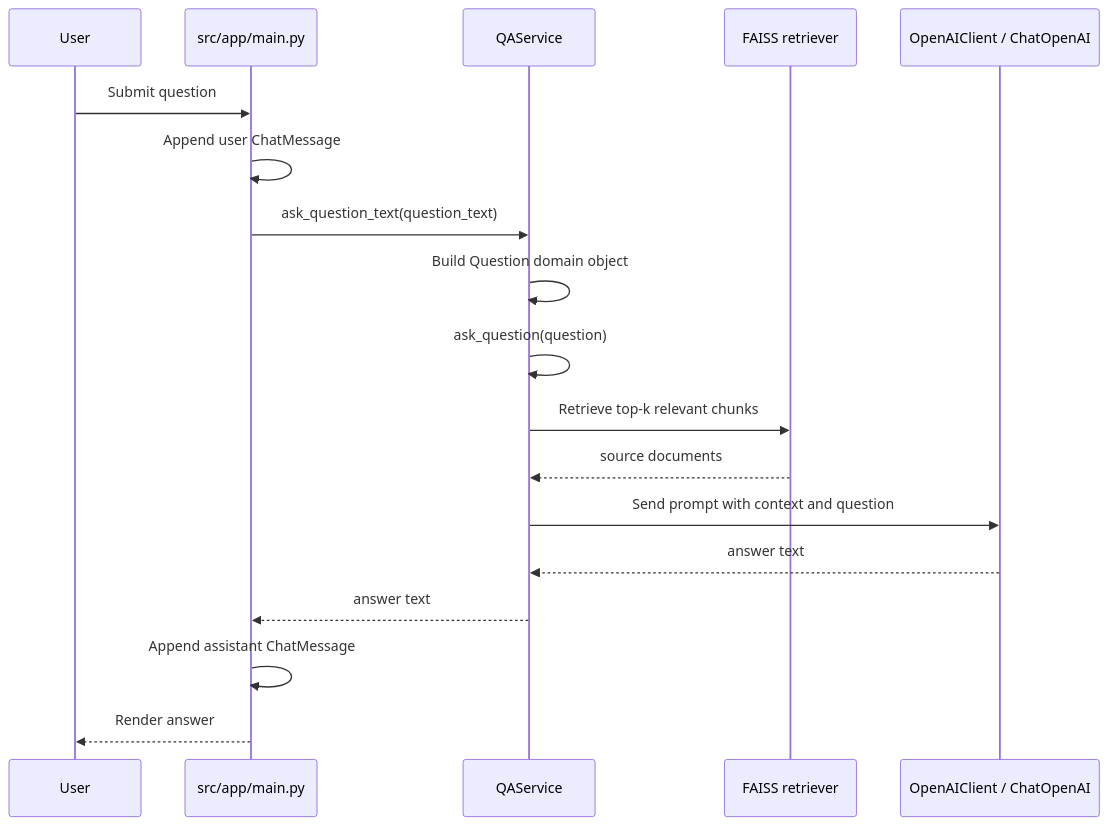
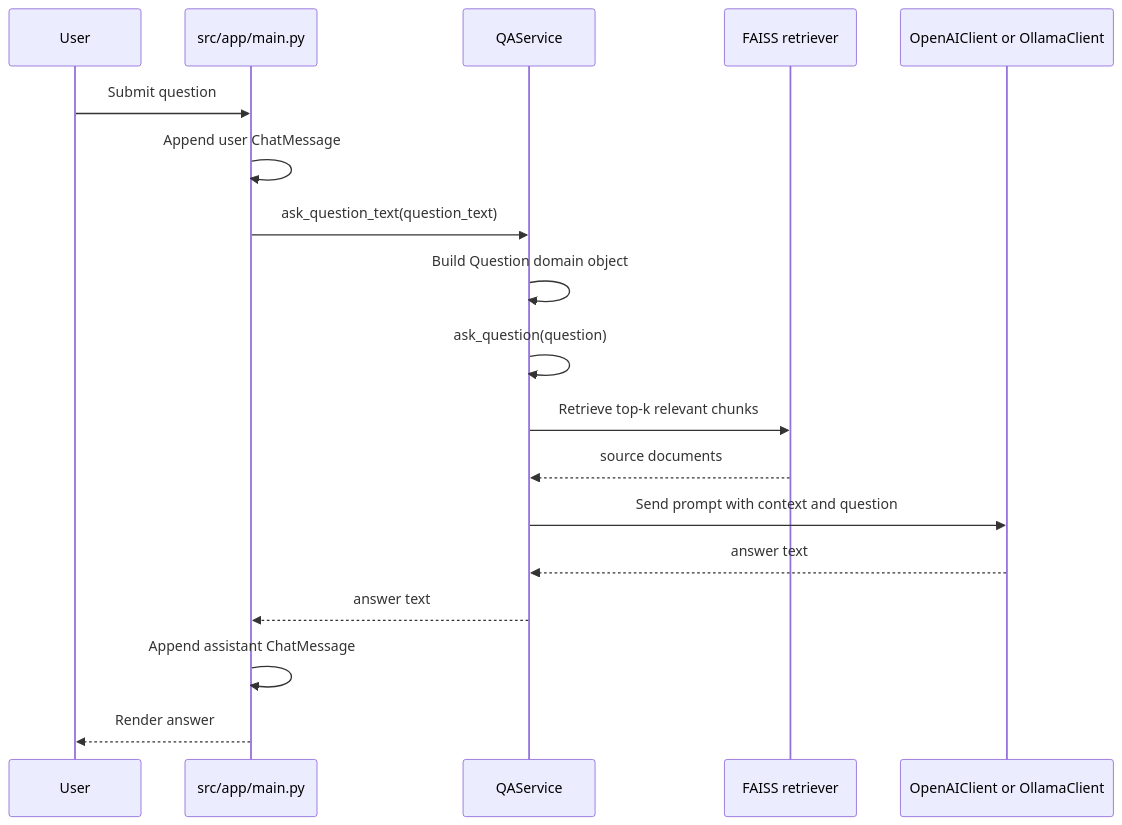
One commit to pravas-behera/resume-reader changed the third of 3 diagrams in CONTROL_FLOW.md. Above: the diagram before and after it, drawn with Mermaid. The commit also changed other lines of this file and 5 other files, not shown here.

````diff
--- a/CONTROL_FLOW.md
+++ b/CONTROL_FLOW.md
@@ -153,21 +163,21 @@
 ```mermaid
 sequenceDiagram
     participant User
     participant UI as src/app/main.py
     participant QA as QAService
     participant Retriever as FAISS retriever
-    participant LLM as OpenAIClient / ChatOpenAI
+    participant LLM as OpenAIClient or OllamaClient
 
     User->>UI: Submit question
     UI->>UI: Append user ChatMessage
     UI->>QA: ask_question_text(question_text)
     QA->>QA: Build Question domain object
     QA->>QA: ask_question(question)
     QA->>Retriever: Retrieve top-k relevant chunks
     Retriever-->>QA: source documents
     QA->>LLM: Send prompt with context and question
     LLM-->>QA: answer text
     QA-->>UI: answer text
     UI->>UI: Append assistant ChatMessage
     UI-->>User: Render answer
 ```
````
